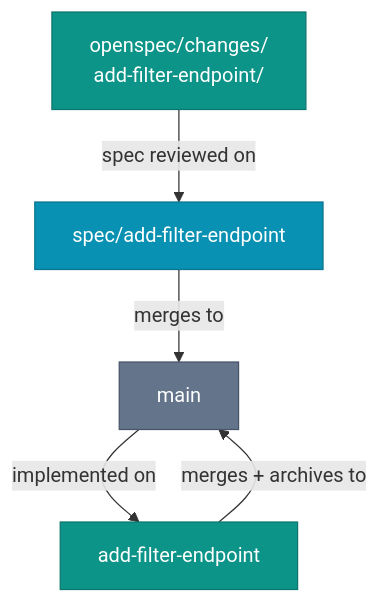
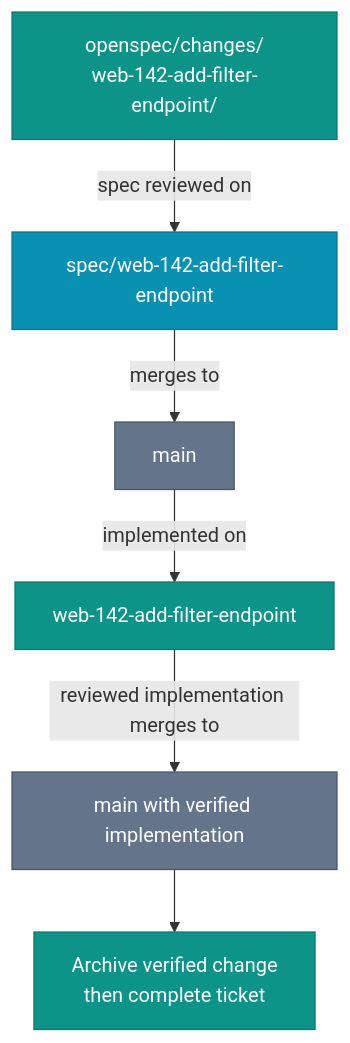
The diagram in content/team/trunk-based-development.md (intent-engineering-for-coding-agents/book), drawn with Mermaid before and after one commit. The commit also changed other lines of this file and 23 other files, not shown here.

````diff
--- a/content/team/trunk-based-development.md
+++ b/content/team/trunk-based-development.md
@@ -16,11 +16,12 @@
 ```mermaid
 graph TD
     classDef intent fill:#0d9488,stroke:#0f766e,color:#fff
     classDef spec fill:#0891b2,stroke:#0e7490,color:#fff
     classDef trunk fill:#64748b,stroke:#475569,color:#fff
 
-    CF["openspec/changes/<br/>add-filter-endpoint/"]:::intent -- "spec reviewed on" --> SB["spec/add-filter-endpoint"]:::spec
+    CF["openspec/changes/<br/>web-142-add-filter-endpoint/"]:::intent -- "spec reviewed on" --> SB["spec/web-142-add-filter-endpoint"]:::spec
     SB -- "merges to" --> TRUNK["main"]:::trunk
-    TRUNK -- "implemented on" --> BR["add-filter-endpoint"]:::intent
-    BR -- "merges + archives to" --> TRUNK
+    TRUNK -- "implemented on" --> BR["web-142-add-filter-endpoint"]:::intent
+    BR -- "reviewed implementation merges to" --> M["main with verified implementation"]:::trunk
+    M --> A["Archive verified change<br>then complete ticket"]:::intent
 ```
````
